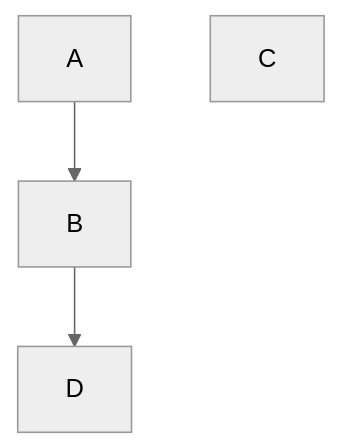
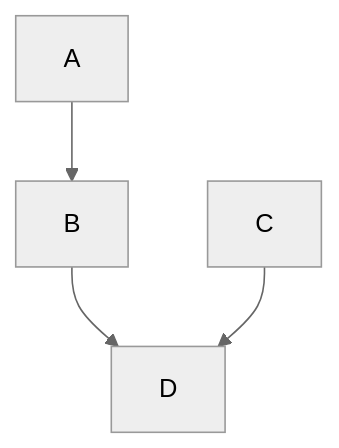
One commit to zmercury/cpp changed the diagram in Notes/February/006_Feb17/Readme.md. Above: the diagram before and after it, drawn with Mermaid (neutral theme).

Commit message:
Feb 17 Update

````diff
--- a/Notes/February/006_Feb17/Readme.md
+++ b/Notes/February/006_Feb17/Readme.md
@@ -53,6 +53,7 @@
 ```mermaid
   graph TD;
       A-->B;
       C;
       B-->D;
+      C-->D;
 ```
````
